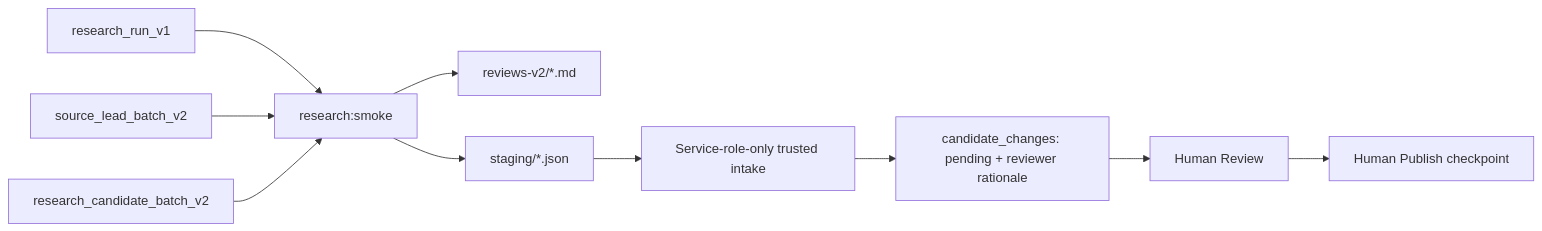
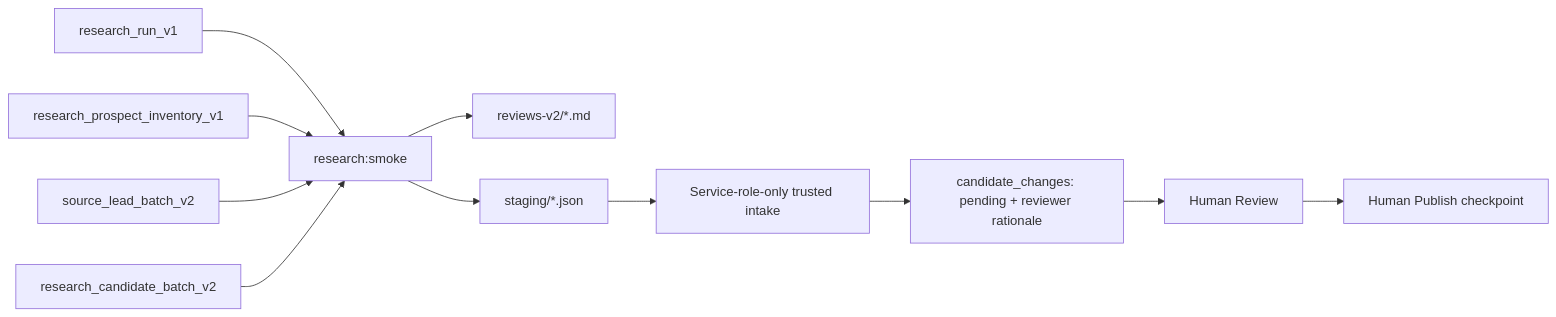
The fourth of 5 diagrams in context/governance/Autonomous Ecosystem Research Pipeline.md (AndDavies/ecosystem_intelligence), drawn with Mermaid before and after one commit. The commit also changed other lines of this file and 104 other files, not shown here.

````diff
--- a/context/governance/Autonomous Ecosystem Research Pipeline.md
+++ b/context/governance/Autonomous Ecosystem Research Pipeline.md
@@ -127,12 +133,13 @@
 ```mermaid
 flowchart LR
   R["research_run_v1"] --> V["research:smoke"]
+  P["research_prospect_inventory_v1"] --> V
   L["source_lead_batch_v2"] --> V
   C["research_candidate_batch_v2"] --> V
   V --> RP["reviews-v2/*.md"]
   V --> SE["staging/*.json"]
   SE --> TI["Service-role-only trusted intake"]
   TI --> CR["candidate_changes: pending + reviewer rationale"]
   CR --> HR["Human Review"]
   HR --> PC["Human Publish checkpoint"]
 ```
````
